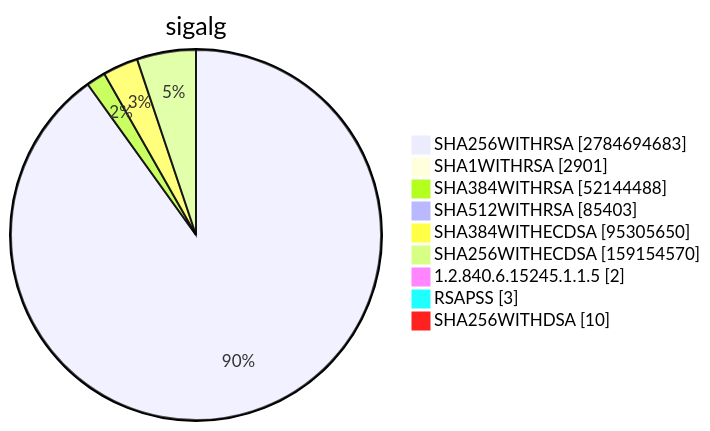
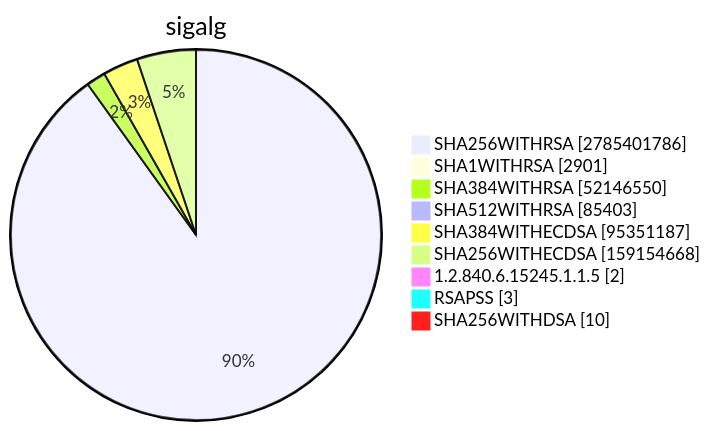
Diagram 15 of 15 in TOTAL/README.md (christiankrug/ctmonitor_visualization), drawn with Mermaid before and after one commit. The commit also changed other lines of this file, not shown here.

````diff
--- a/TOTAL/README.md
+++ b/TOTAL/README.md
@@ -6205,13 +6205,13 @@
 ```mermaid
 pie showData
 title sigalg
-"SHA256WITHRSA" :2784694683
+"SHA256WITHRSA" :2785401786
 "SHA1WITHRSA" :2901
-"SHA384WITHRSA" :52144488
+"SHA384WITHRSA" :52146550
 "SHA512WITHRSA" :85403
-"SHA384WITHECDSA" :95305650
-"SHA256WITHECDSA" :159154570
+"SHA384WITHECDSA" :95351187
+"SHA256WITHECDSA" :159154668
 "1.2.840.6.15245.1.1.5" :2
 "RSAPSS" :3
 "SHA256WITHDSA" :10
 ```
````
